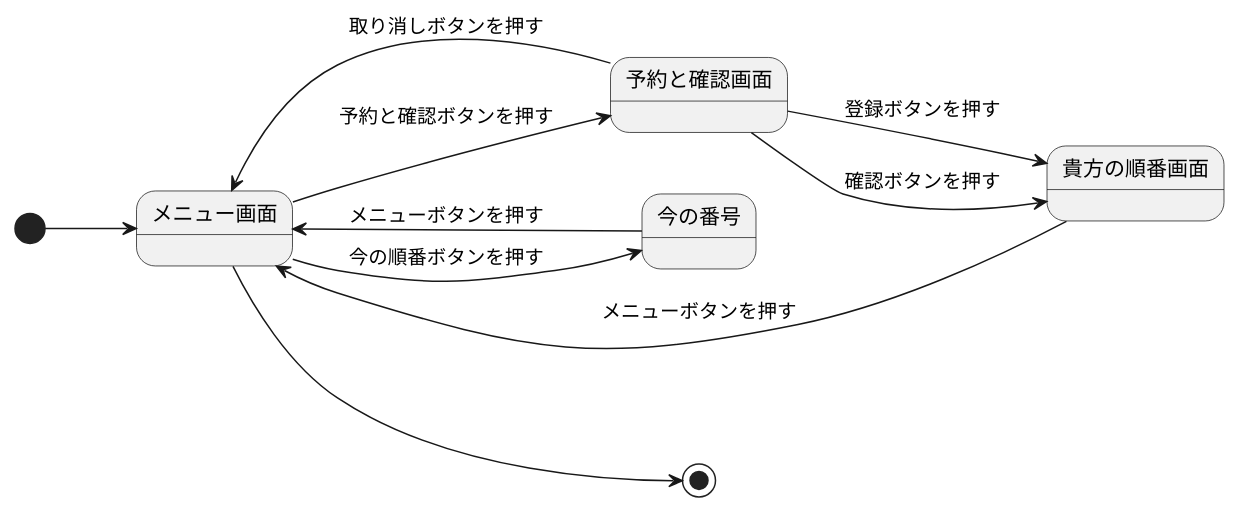
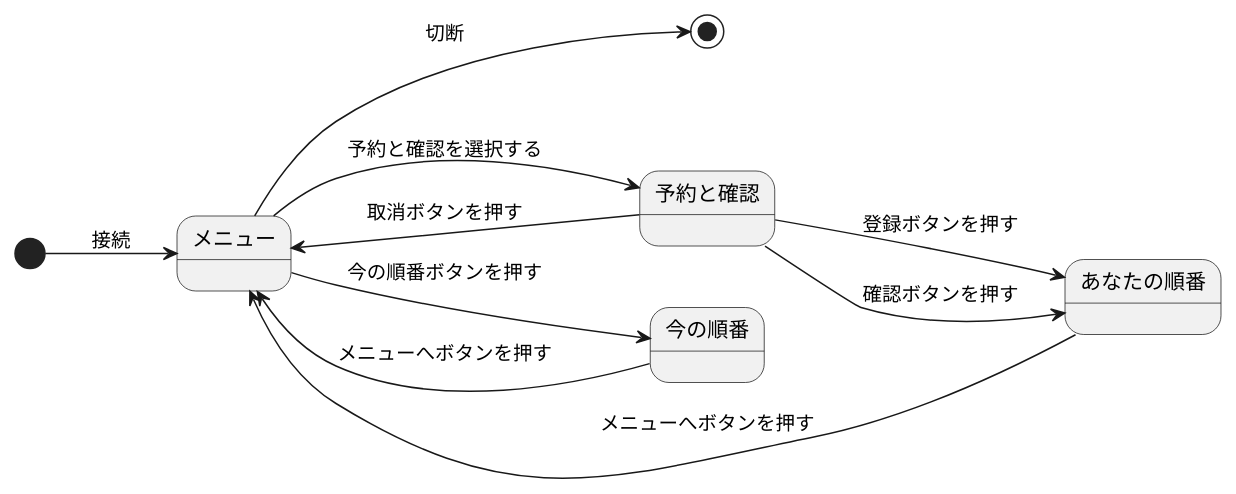
Before and after one commit to youryota/uml-introduction: the diagram in 演習6-3_ステートマシン図_診察予約システム.pu, drawn with PlantUML.

Commit message:
演習

```diff
--- a/演習6-3_ステートマシン図_診察予約システム.pu
+++ b/演習6-3_ステートマシン図_診察予約システム.pu
@@ -1,12 +1,15 @@
 @startuml 演習6-3-2
 left to right direction
-[*] --> メニュー画面
-メニュー画面--> 予約と確認画面: 予約と確認ボタンを押す
-予約と確認画面--> 貴方の順番画面: 登録ボタンを押す
-予約と確認画面-->貴方の順番画面: 確認ボタンを押す
-メニュー画面<--予約と確認画面: 取り消しボタンを押す
-メニュー画面-->今の番号: 今の順番ボタンを押す
-メニュー画面<--貴方の順番画面: メニューボタンを押す
-メニュー画面<--今の番号: メニューボタンを押す
-メニュー画面--> [*]
+[*] --> メニュー: 接続
+メニュー--> [*]: 切断
+
+メニュー-->予約と確認: 予約と確認を選択する
+予約と確認-->メニュー: 取消ボタンを押す
+
+予約と確認-->あなたの順番: 登録ボタンを押す
+予約と確認-->あなたの順番: 確認ボタンを押す
+あなたの順番-->メニュー: メニューへボタンを押す
+メニュー--> 今の順番: 今の順番ボタンを押す
+今の順番--> メニュー: メニューへボタンを押す
+
 @enduml
```
